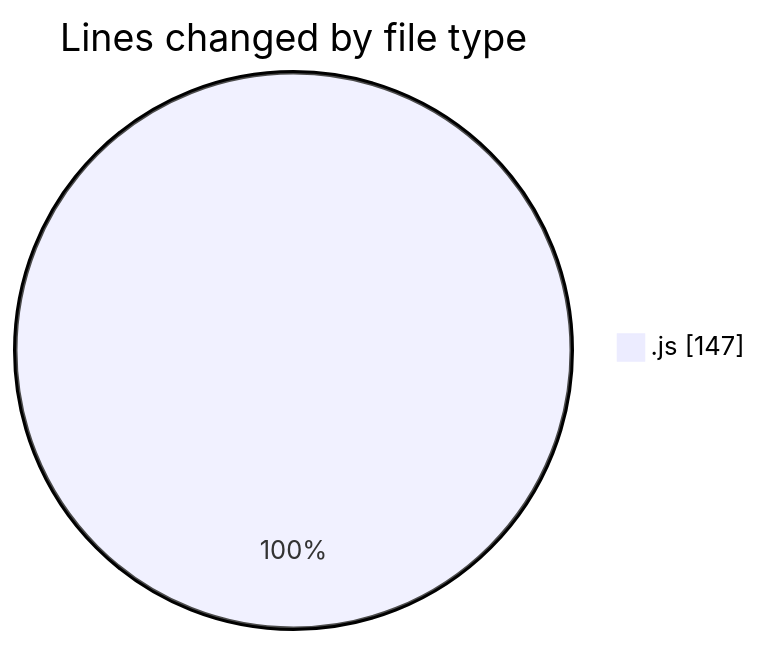
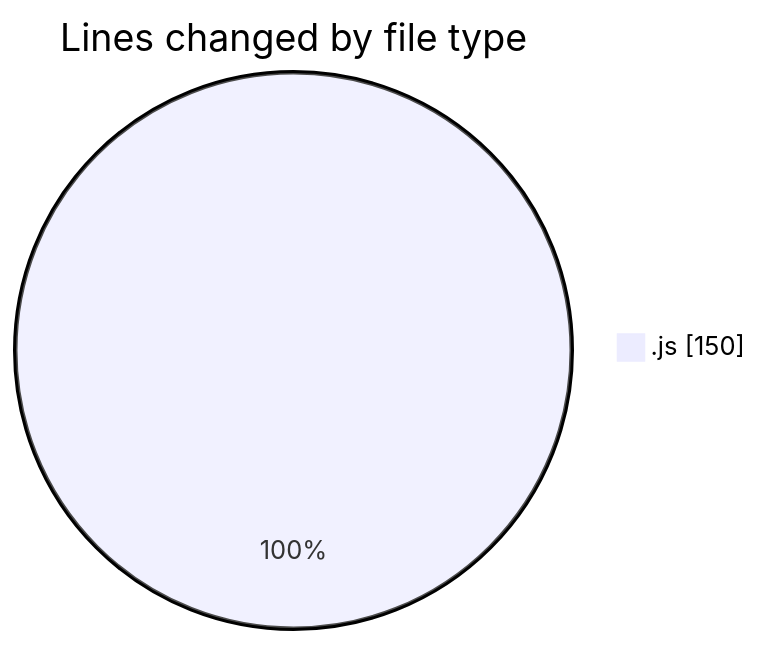
The first of 2 diagrams in 2025-07-28/nxtqube_webapp/README.md (nxtqubesakshisongat/code-tracking), drawn with Mermaid before and after one commit. The commit also changed other lines of this file and 1 other file, not shown here.

````diff
--- a/2025-07-28/nxtqube_webapp/README.md
+++ b/2025-07-28/nxtqube_webapp/README.md
@@ -20,5 +20,5 @@
 ```mermaid
 pie showData
 title Lines changed by file type
-".js" : 147
+".js" : 150
 ```
````
